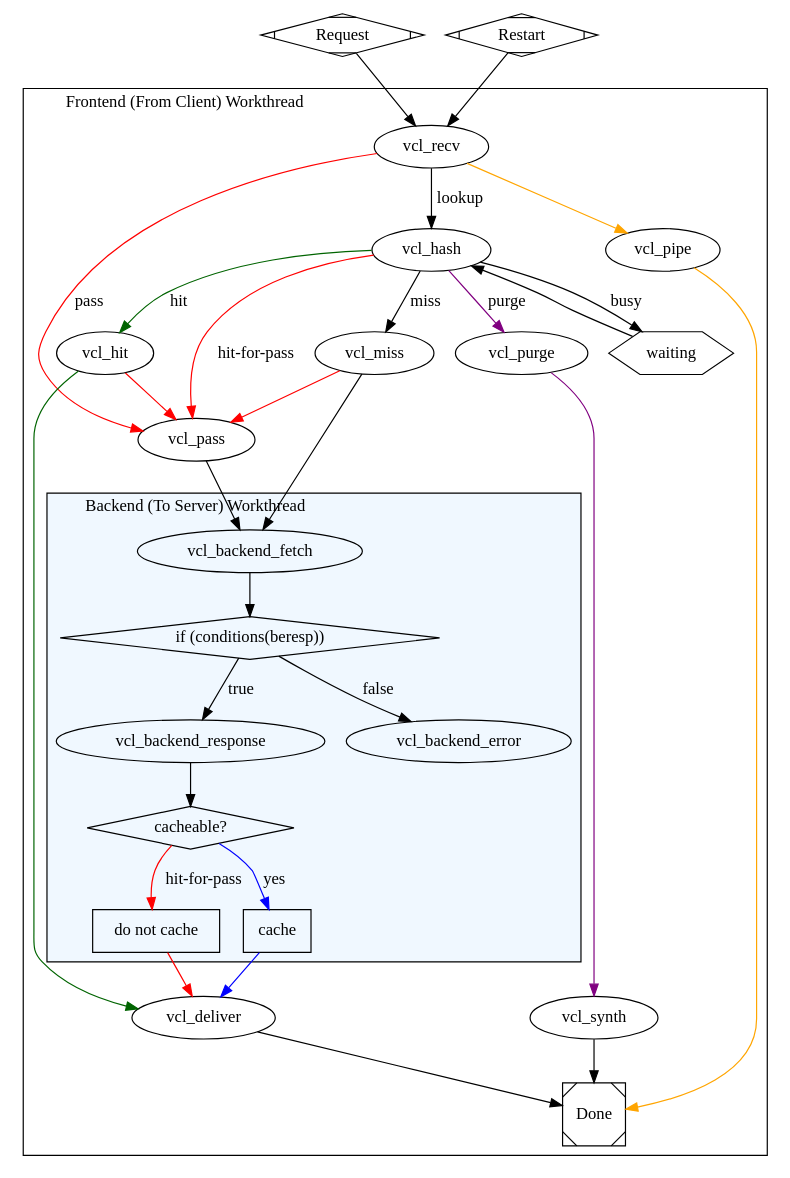
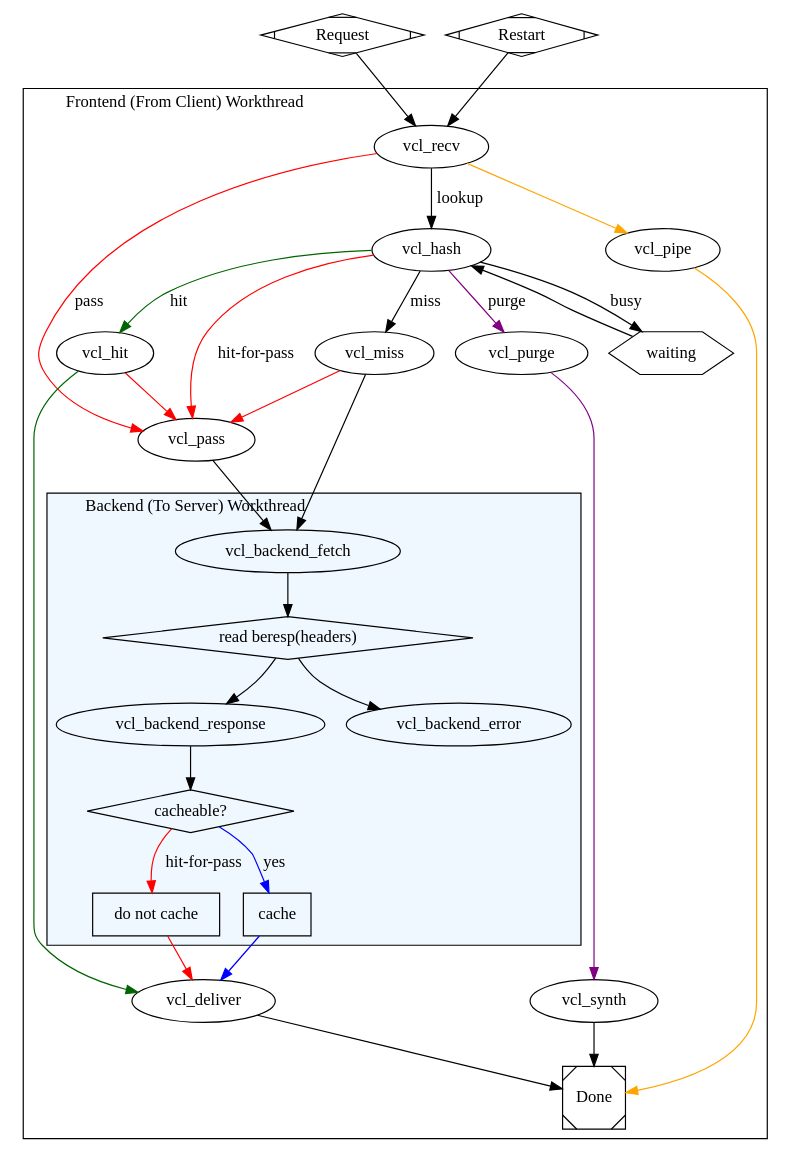
Before and after one commit to varnish/Varnish-Book: the diagram in ui/img/simplified_fsm.dot, drawn with Graphviz. The commit also changed 4 other files, not shown here.

```diff
--- a/ui/img/simplified_fsm.dot
+++ b/ui/img/simplified_fsm.dot
@@ -1,82 +1,82 @@
 digraph varnishfsm{
 	labeljust=l;
 	Request[shape=Mdiamond];
 	restart1[shape=Mdiamond,label="Restart"];
 	Request -> vcl_recv;
 	restart1 -> vcl_recv;
 	subgraph clusterfrontend{
 		
 		{
 			rank=same;
 			vcl_deliver;
 			vcl_synth;
 		};
 		{
 	                rank=same;
 			vcl_hit;
 			vcl_miss;
 			vcl_purge;
 			// vcl_pass;
 		}
 		label="Frontend (From Client) Workthread";
 		
 		vcl_recv -> vcl_hash [label="lookup"]
 		//vcl_recv -> vcl_hash [label="purge",color=purple];
 		vcl_recv -> vcl_pipe[color=orange];
 		vcl_recv -> vcl_pass[label="pass" color=red];
 		vcl_pipe -> Done[color=orange];
 		vcl_hash -> vcl_hit[label="hit",color=darkgreen];
 		vcl_hash -> vcl_miss [label="miss"];
 		vcl_hash -> vcl_pass [label="hit-for-pass",color=red];
 		waiting[shape=hexagon];
 		vcl_hash -> waiting [label="busy"];
 		vcl_hash -> vcl_purge [label="purge",color=purple];
 		vcl_purge -> vcl_synth[color=purple];
 		// restart2[shape=Mdiamond,label="Restart"];
 		// vcl_purge -> restart2;
 		vcl_hit -> vcl_deliver[color=darkgreen];
 		// vcl_hit -> vcl_miss;
 		vcl_hit -> vcl_pass[color=red];
 		vcl_miss -> vcl_backend_fetch;
 		waiting -> vcl_hash;
 		vcl_pass -> vcl_backend_fetch;
 		vcl_miss -> vcl_pass[color=red];
 		
 		subgraph clusterbackend {
 			bgcolor=aliceblue
 			label="Backend (To Server) Workthread";
-			decision1 [shape=diamond,label="if (conditions(beresp))"];
+			decision1 [shape=diamond,label="read beresp(headers)"];
 			vcl_backend_fetch -> decision1;
-			decision1 -> vcl_backend_response [label="true"];
-			decision1 -> vcl_backend_error [label="false"];
+			decision1 -> vcl_backend_response;
+			decision1 -> vcl_backend_error;
 			decision4[shape=diamond,label="cacheable?"];
 			cache[shape=box,label="cache"];
 			nocache[shape=box,label="do not cache"];
 			vcl_backend_response -> decision4;
 			decision4 -> cache [label="yes",color=blue];
 			decision4 -> nocache [label="hit-for-pass",color=red];
 			
 			// decision3 [shape=diamond];
 			// vcl_backend_response -> decision3[label="retry"];
 			// vcl_backend_error -> decision2 [label="retry"];
 		}
 		// vcl_backend_fetch -> vcl_synth [label="abandon"];
 		// vcl_backend_response -> vcl_synth [label="abandon"];
 		// retry1[shape=plaintext,label="retry"] 
 		// decision2 [shape=diamond];
 		// decision2 -> vcl_synth [label=">max"];
 		// retry2[shape=plaintext,label="retry"]
 		// decision2 -> retry1 [label="<=max"];
 		// decision3 -> retry2 [label="<=max"];
 		// decision3 -> vcl_synth [label=">max"];
 		// vcl_backend_error -> vcl_deliver;
 		//vcl_backend_error -> vcl_synth;
 		
 		cache -> vcl_deliver[color=blue];
 		nocache -> vcl_deliver[color=red];
 	}
 	Done[shape=Msquare];
 	vcl_deliver -> Done;
 	vcl_synth -> Done;
 	
 }
```
